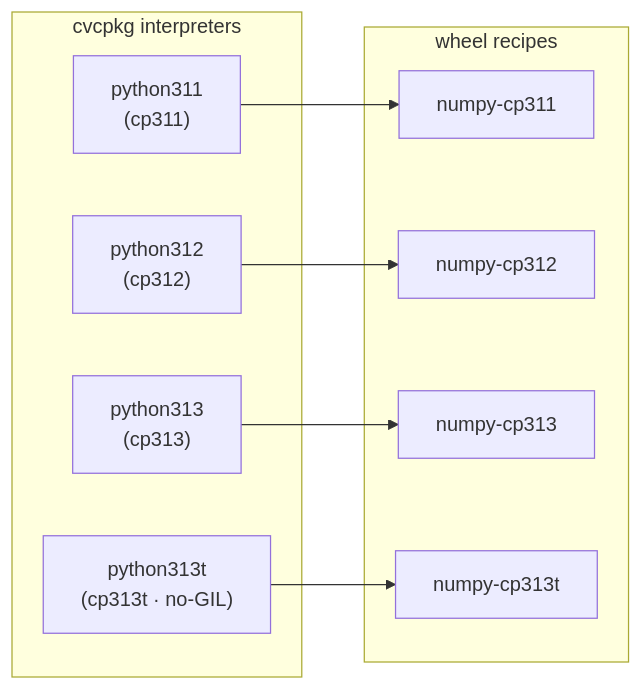
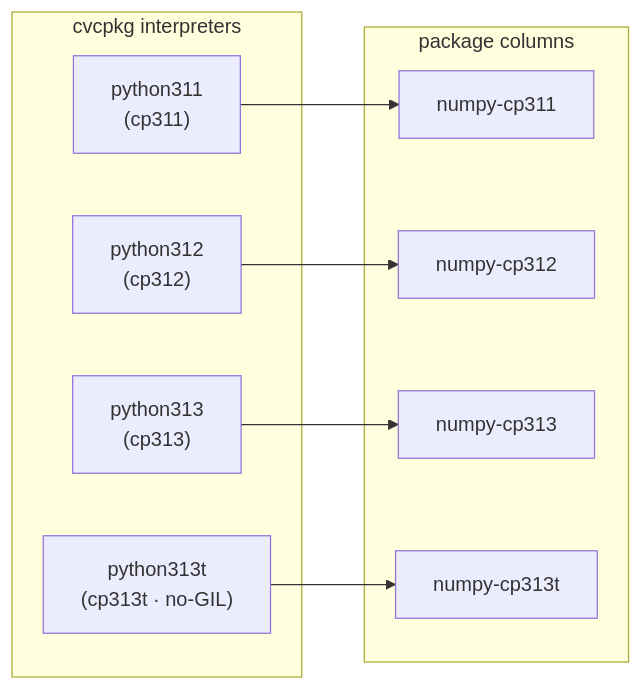
Before and after one commit to transfix/libcvc-deps: the diagram in docs/python-wheels.md, drawn with Mermaid. The commit also changed other lines of this file and 37 other files, not shown here.

First line of the commit message:
docs: consolidate the roadmap, document shipped features, verify against code

````diff
--- a/docs/python-wheels.md
+++ b/docs/python-wheels.md
@@ -11,19 +13,19 @@
 ```mermaid
 flowchart LR
     subgraph I["cvcpkg interpreters"]
         P311["python311<br/>(cp311)"]
         P312["python312<br/>(cp312)"]
         P313["python313<br/>(cp313)"]
         P313T["python313t<br/>(cp313t · no-GIL)"]
     end
-    subgraph W["wheel recipes"]
+    subgraph W["package columns"]
         N311["numpy-cp311"]
         N312["numpy-cp312"]
         N313["numpy-cp313"]
         N313T["numpy-cp313t"]
     end
     P311 --> N311
     P312 --> N312
     P313 --> N313
     P313T --> N313T
 ```
````
